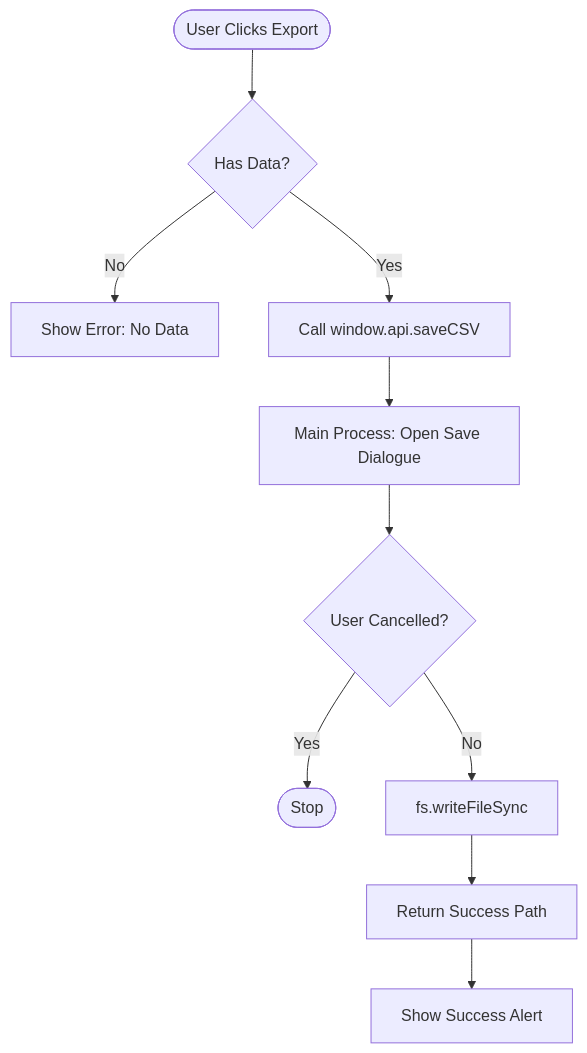
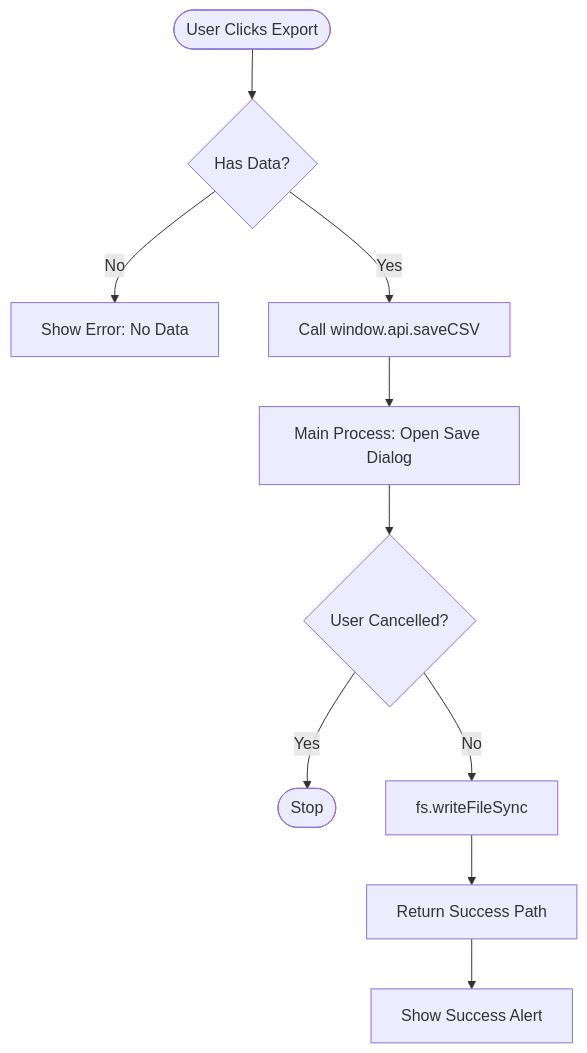
The second of 3 diagrams in README.md (Interlaken0/temperature-plotter), drawn with Mermaid before and after one commit. The commit also changed other lines of this file and 16 other files, not shown here.

````diff
--- a/README.md
+++ b/README.md
@@ -191,13 +191,13 @@
 ```mermaid
 flowchart TD
     Start([User Clicks Export]) --> Check{Has Data?}
     Check -- No --> Alert["Show Error: No Data"]
     Check -- Yes --> Bridge[Call window.api.saveCSV]
-    Bridge --> Main[Main Process: Open Save Dialogue]
+    Bridge --> Main[Main Process: Open Save Dialog]
     
     Main --> Cancelled{User Cancelled?}
     Cancelled -- Yes --> End([Stop])
     Cancelled -- No --> Write[fs.writeFileSync]
     Write --> Success[Return Success Path]
     Success --> Toast["Show Success Alert"]
 ```
````
